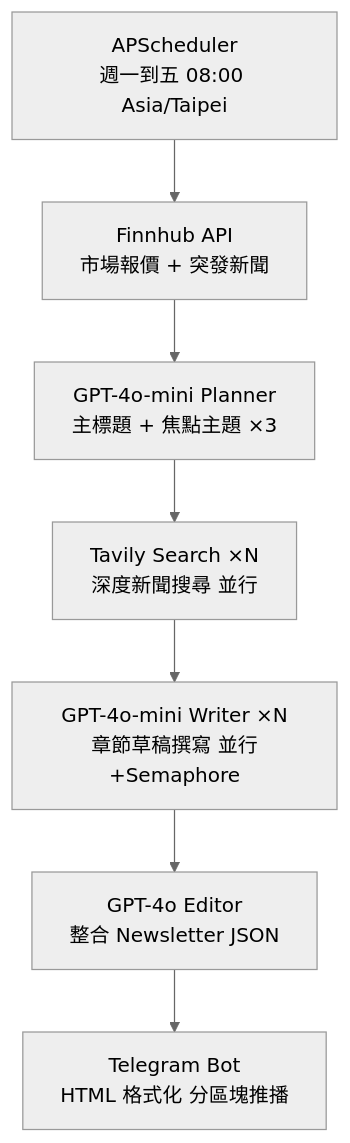
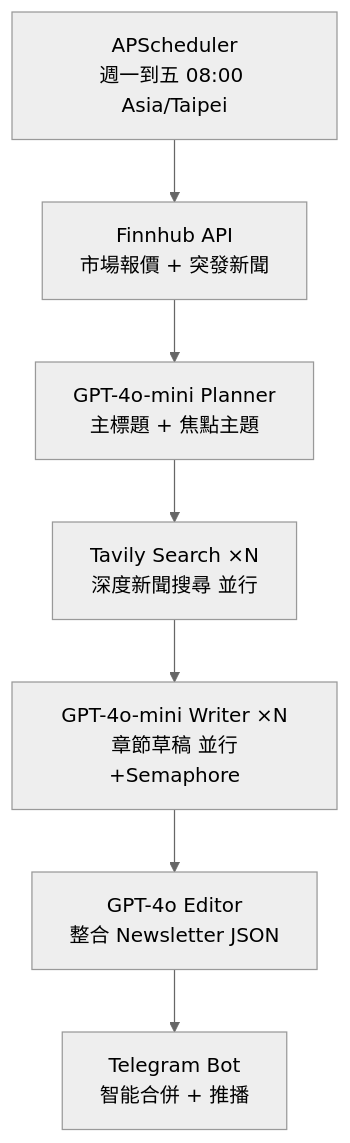
Before and after one commit to jack926509/us-stock-newsletter: the diagram in README.md, drawn with Mermaid (neutral theme). The commit also changed other lines of this file, not shown here.

````diff
--- a/README.md
+++ b/README.md
@@ -47,10 +46,10 @@
 ```mermaid
 graph TD
     A[APScheduler<br/>週一到五 08:00 Asia/Taipei] --> B
     B[Finnhub API<br/>市場報價 + 突發新聞] --> C
-    C[GPT-4o-mini Planner<br/>主標題 + 焦點主題 ×3] --> D
+    C[GPT-4o-mini Planner<br/>主標題 + 焦點主題] --> D
     D[Tavily Search ×N<br/>深度新聞搜尋 並行] --> E
-    E[GPT-4o-mini Writer ×N<br/>章節草稿撰寫 並行+Semaphore] --> F
+    E[GPT-4o-mini Writer ×N<br/>章節草稿 並行+Semaphore] --> F
     F[GPT-4o Editor<br/>整合 Newsletter JSON] --> G
-    G[Telegram Bot<br/>HTML 格式化 分區塊推播]
+    G[Telegram Bot<br/>智能合併 + 推播]
 ```
````
